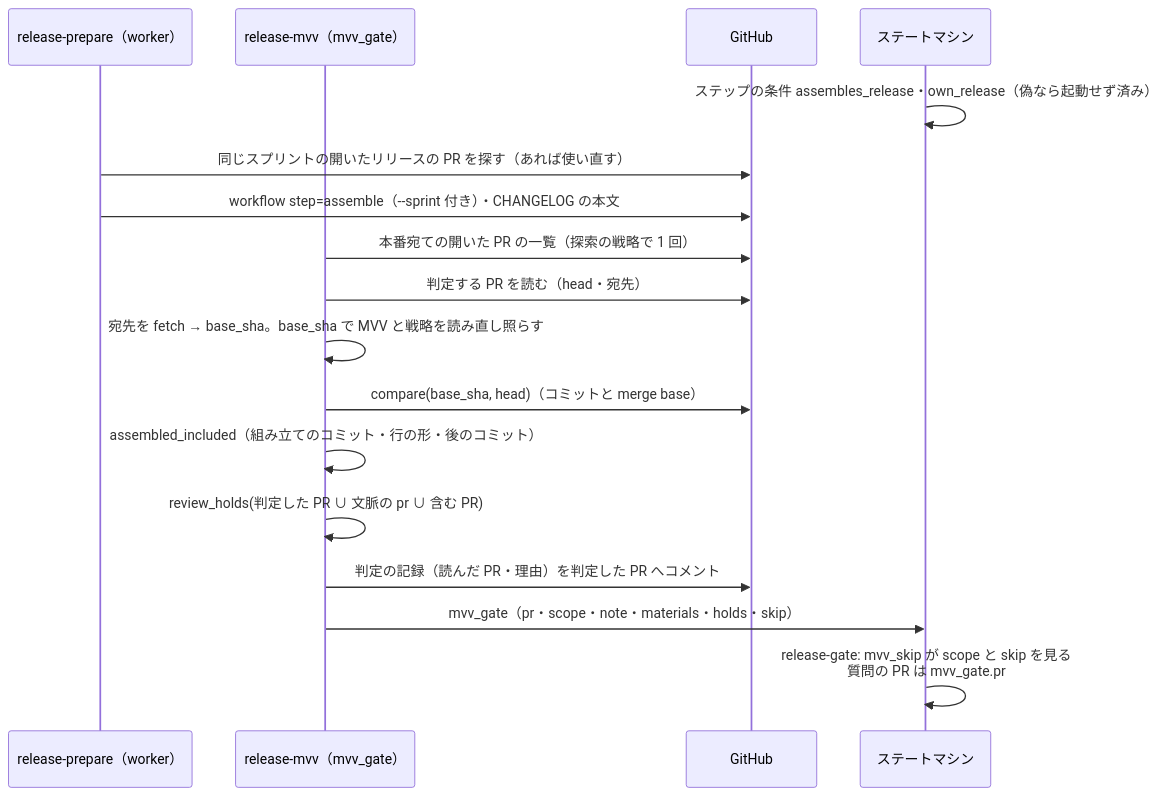
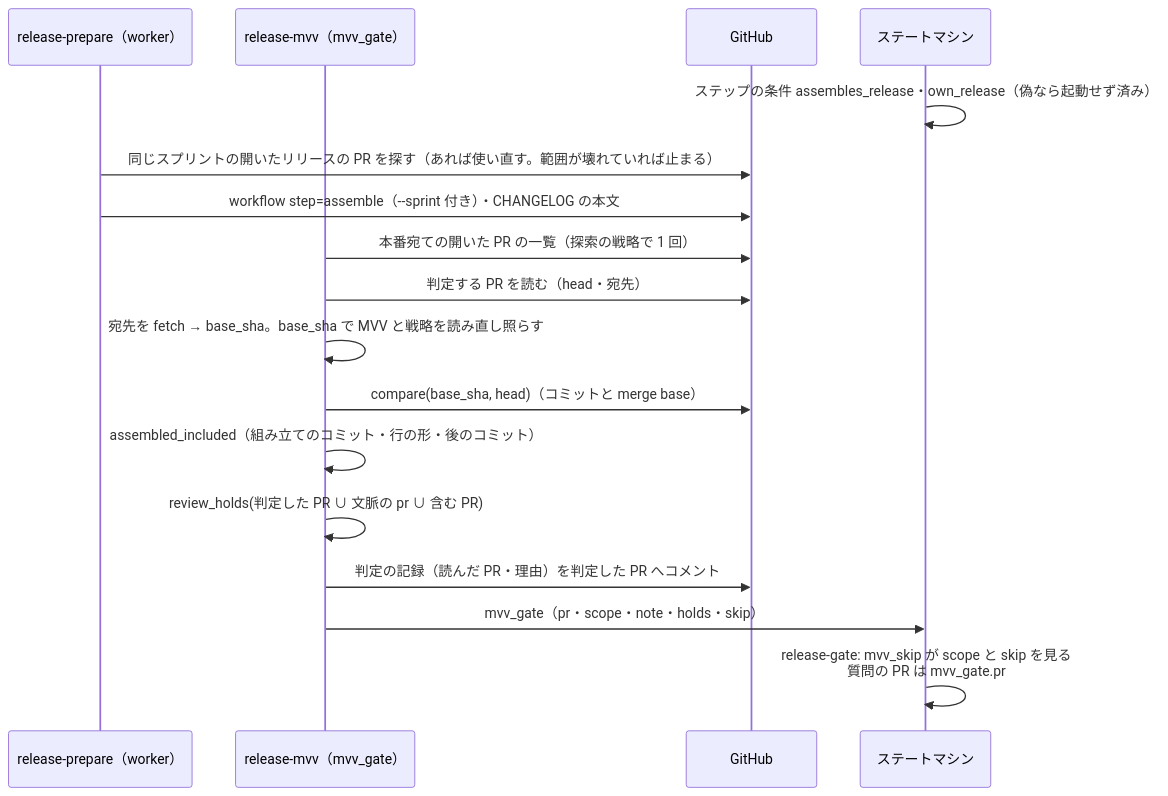
Before and after one commit to devbasex/ai-plugins: the third of 3 diagrams in issues/issue-4105-design.md, drawn with Mermaid. The commit also changed other lines of this file and 1 other file, not shown here.

````diff
--- a/issues/issue-4105-design.md
+++ b/issues/issue-4105-design.md
@@ -116,19 +115,19 @@
 ```mermaid
 sequenceDiagram
   participant W as release-prepare（worker）
   participant G as release-mvv（mvv_gate）
   participant H as GitHub
   participant S as ステートマシン
   S->>S: ステップの条件 assembles_release・own_release（偽なら起動せず済み）
-  W->>H: 同じスプリントの開いたリリースの PR を探す（あれば使い直す）
+  W->>H: 同じスプリントの開いたリリースの PR を探す（あれば使い直す。範囲が壊れていれば止まる）
   W->>H: workflow step=assemble（--sprint 付き）・CHANGELOG の本文
   G->>H: 本番宛ての開いた PR の一覧（探索の戦略で 1 回）
   G->>H: 判定する PR を読む（head・宛先）
   G->>G: 宛先を fetch → base_sha。base_sha で MVV と戦略を読み直し照らす
   G->>H: compare(base_sha, head)（コミットと merge base）
   G->>G: assembled_included（組み立てのコミット・行の形・後のコミット）
   G->>G: review_holds(判定した PR ∪ 文脈の pr ∪ 含む PR)
   G->>H: 判定の記録（読んだ PR・理由）を判定した PR へコメント
-  G->>S: mvv_gate（pr・scope・note・materials・holds・skip）
+  G->>S: mvv_gate（pr・scope・note・holds・skip）
   S->>S: release-gate: mvv_skip が scope と skip を見る<br>質問の PR は mvv_gate.pr
 ```
````
